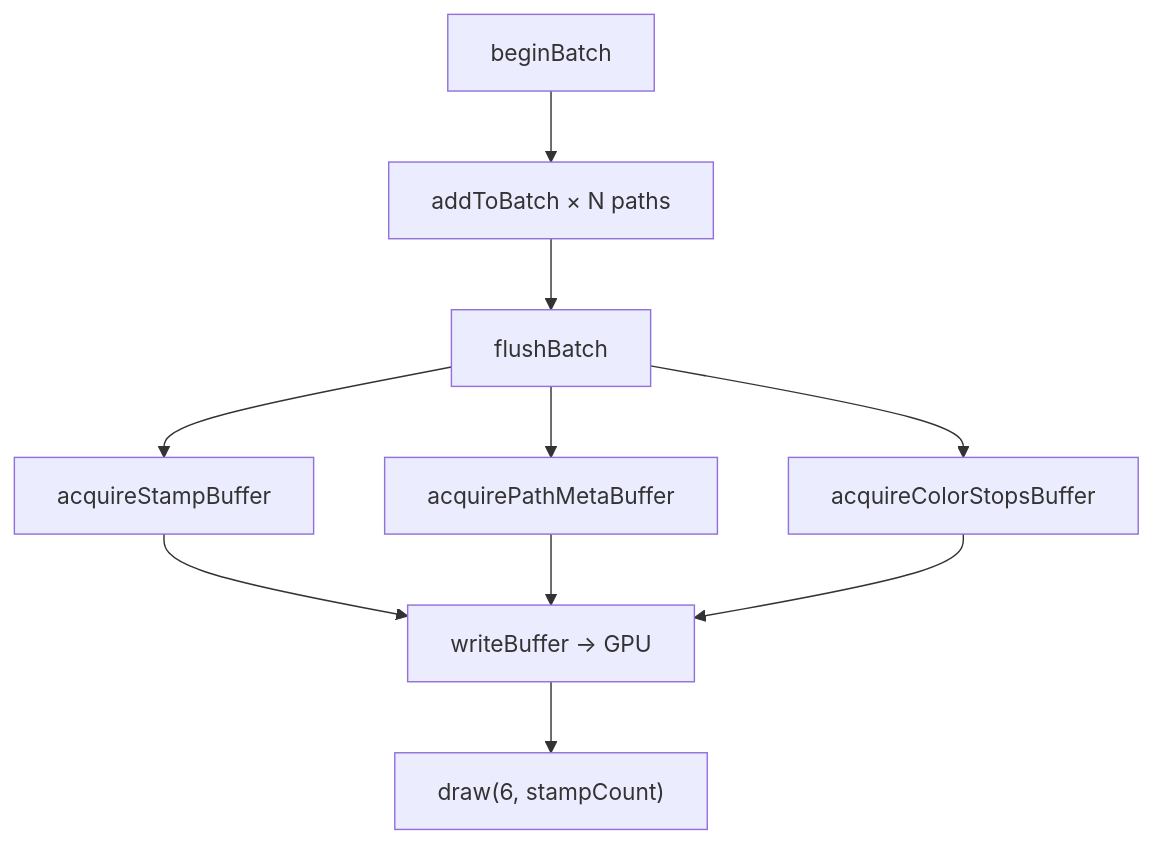
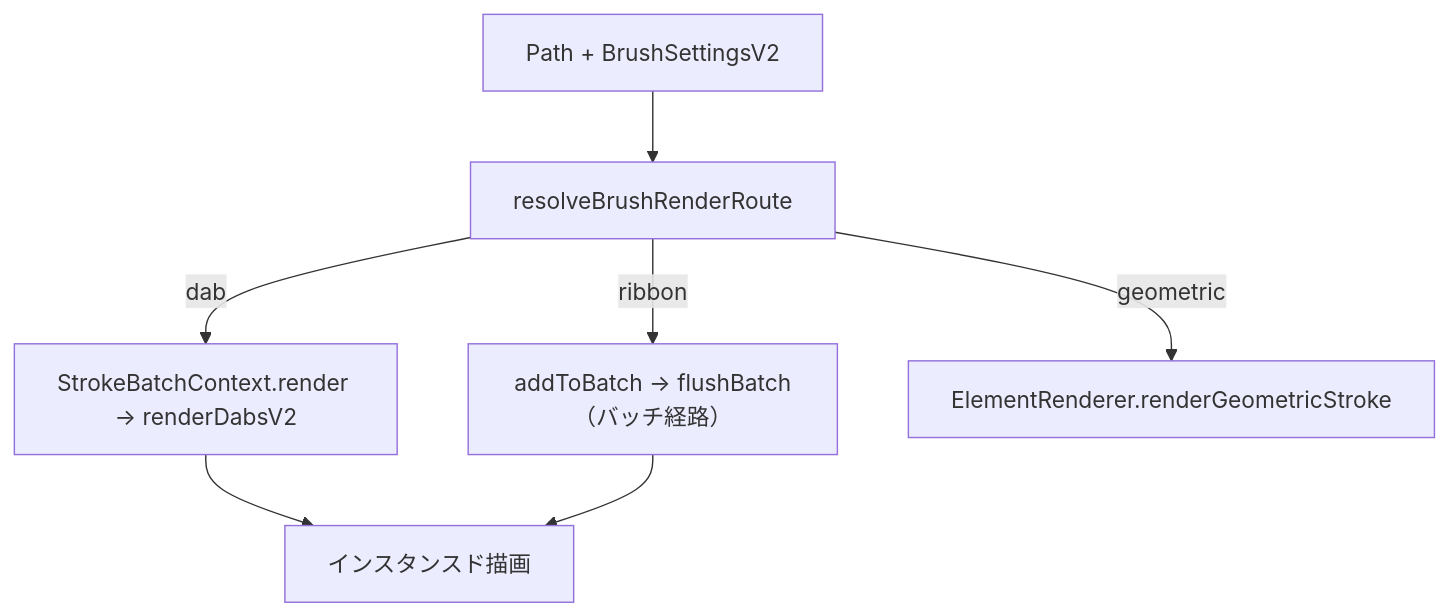
The first of 3 diagrams in pkgs/web/src/app/devdocs/renderer/brush/page.mdx (hanakla/paplico), drawn with Mermaid before and after one commit. The commit also changed other lines of this file and 11 other files, not shown here.

First line of the commit message:
refactor(renderer): drop the dead v1 stamp pipeline and document the v2 dab engine (#743)

````diff
--- a/pkgs/web/src/app/devdocs/renderer/brush/page.mdx
+++ b/pkgs/web/src/app/devdocs/renderer/brush/page.mdx
@@ -78,12 +14,9 @@
 ```mermaid
 flowchart TD
-    A[beginBatch] --> B["addToBatch × N paths"]
-    B --> C[flushBatch]
-    C --> D[acquireStampBuffer]
-    C --> E[acquirePathMetaBuffer]
-    C --> F[acquireColorStopsBuffer]
-    D --> G["writeBuffer → GPU"]
-    E --> G
-    F --> G
-    G --> H["draw(6, stampCount)"]
+    A[Path + BrushSettingsV2] --> B[resolveBrushRenderRoute]
+    B -->|dab| C["StrokeBatchContext.render → renderDabsV2"]
+    B -->|ribbon| D["addToBatch → flushBatch（バッチ経路）"]
+    B -->|geometric| E[ElementRenderer.renderGeometricStroke]
+    C --> F[インスタンスド描画]
+    D --> F
 ```
````
